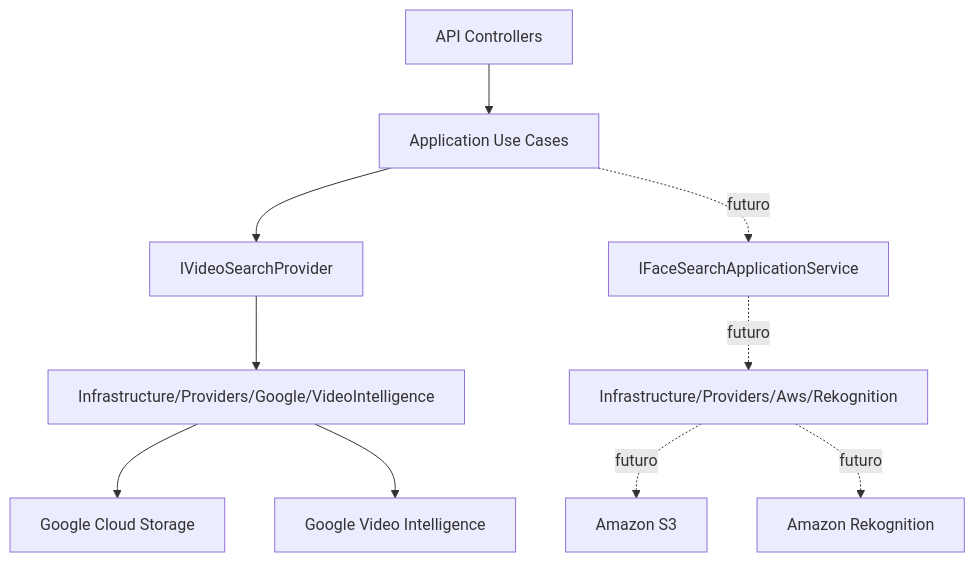
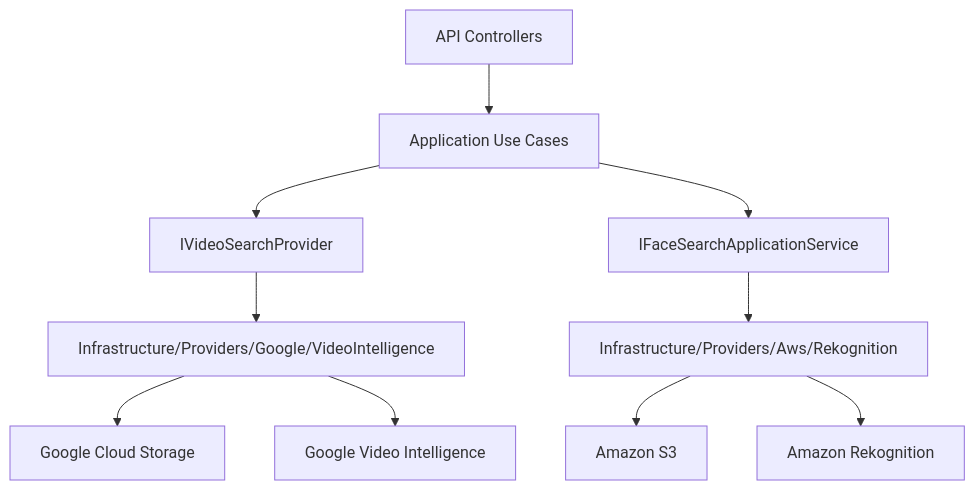
The first of 2 diagrams in docs/aws-rekognition-face-search.md (lokomurdok89/DeValpo.MediaIntelligence), drawn with Mermaid before and after one commit. The commit also changed other lines of this file and 87 other files, not shown here.

````diff
--- a/docs/aws-rekognition-face-search.md
+++ b/docs/aws-rekognition-face-search.md
@@ -76,12 +81,12 @@
 ```mermaid
 flowchart TB
     API["API Controllers"] --> App["Application Use Cases"]
     App --> GooglePort["IVideoSearchProvider"]
-    App -. futuro .-> FacePort["IFaceSearchApplicationService"]
+    App --> FacePort["IFaceSearchApplicationService"]
     GooglePort --> GoogleProvider["Infrastructure/Providers/Google/VideoIntelligence"]
-    FacePort -. futuro .-> AwsProvider["Infrastructure/Providers/Aws/Rekognition"]
+    FacePort --> AwsProvider["Infrastructure/Providers/Aws/Rekognition"]
     GoogleProvider --> GCS["Google Cloud Storage"]
     GoogleProvider --> GVI["Google Video Intelligence"]
-    AwsProvider -. futuro .-> S3["Amazon S3"]
-    AwsProvider -. futuro .-> Rek["Amazon Rekognition"]
+    AwsProvider --> S3["Amazon S3"]
+    AwsProvider --> Rek["Amazon Rekognition"]
 ```
````
